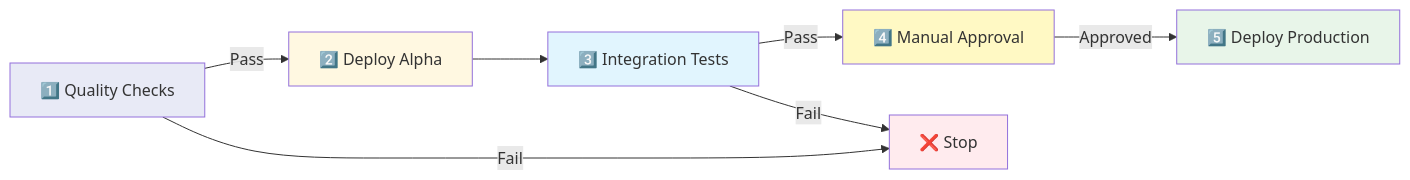
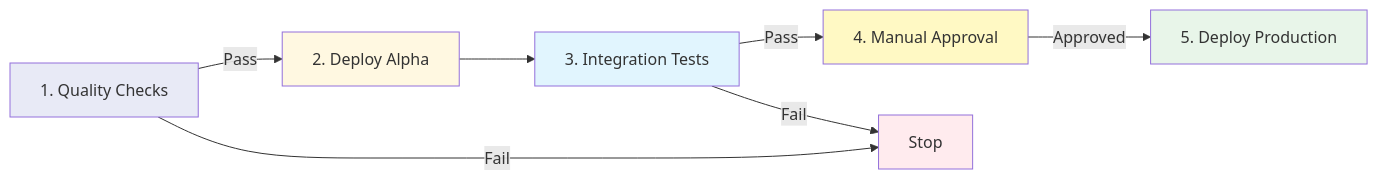
The third of 4 diagrams in docs/PIPELINE.md (antho104/RoleReady), drawn with Mermaid before and after one commit. The commit also changed other lines of this file, not shown here.

````diff
--- a/docs/PIPELINE.md
+++ b/docs/PIPELINE.md
@@ -67,17 +67,17 @@
 ```mermaid
 graph LR
-    A[1️⃣ Quality Checks] -->|Pass| B[2️⃣ Deploy Alpha]
-    B --> C[3️⃣ Integration Tests]
-    C -->|Pass| D[4️⃣ Manual Approval]
-    D -->|Approved| E[5️⃣ Deploy Production]
+    A[1. Quality Checks] -->|Pass| B[2. Deploy Alpha]
+    B --> C[3. Integration Tests]
+    C -->|Pass| D[4. Manual Approval]
+    D -->|Approved| E[5. Deploy Production]
 
-    A -->|Fail| X[❌ Stop]
+    A -->|Fail| X[Stop]
     C -->|Fail| X
 
     style A fill:#e8eaf6
     style B fill:#fff8e1
     style C fill:#e1f5fe
     style D fill:#fff9c4
     style E fill:#e8f5e9
     style X fill:#ffebee
 ```
````
